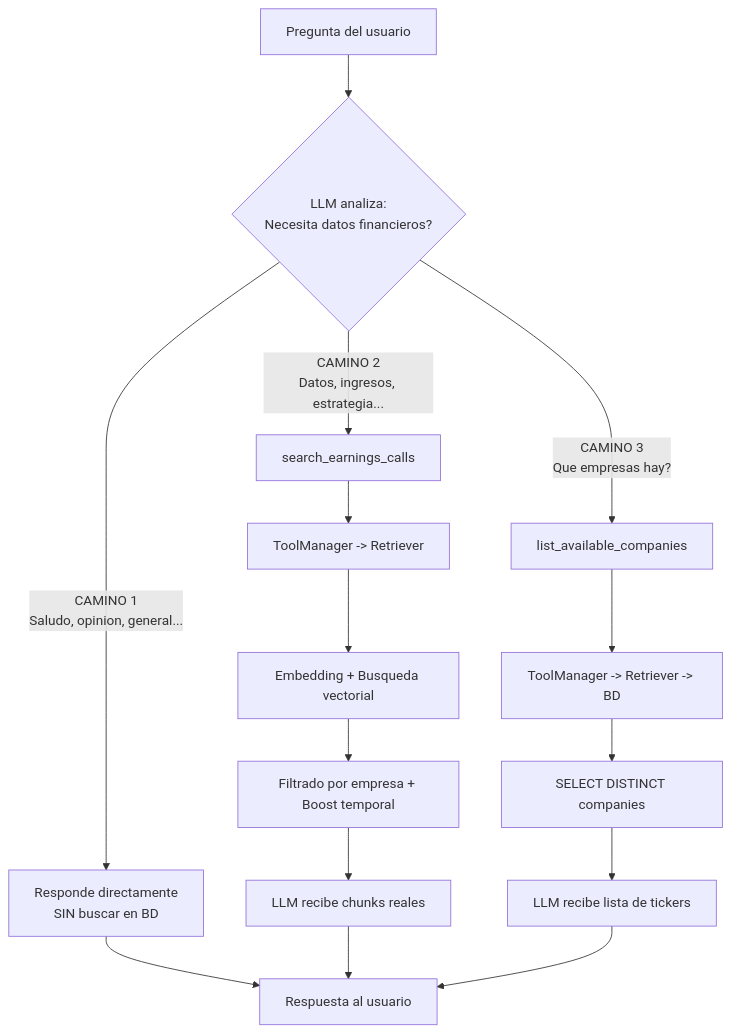
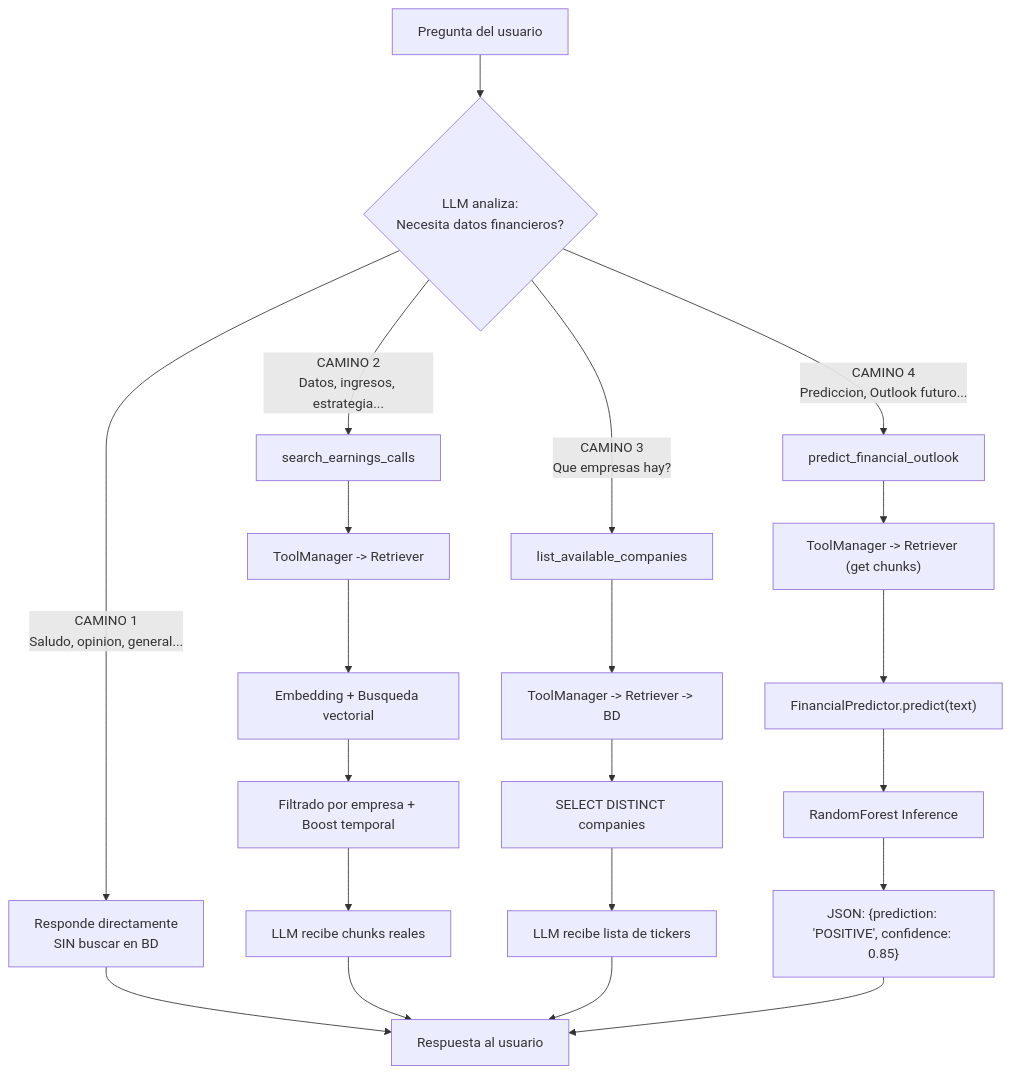
One commit to alvaroiniguezdisla/Arquitectura_rag_earnings_NSDQ changed the second of 9 diagrams in docs/architecture.md. Above: the diagram before and after it, drawn with Mermaid. The commit also changed other lines of this file and 33 other files, not shown here.

````diff
--- a/docs/architecture.md
+++ b/docs/architecture.md
@@ -65,21 +77,28 @@
 ```mermaid
 flowchart TD
     A["Pregunta del usuario"] --> B{"LLM analiza:<br/>Necesita datos financieros?"}
 
     B -->|"CAMINO 1<br/>Saludo, opinion, general..."| C["Responde directamente<br/>SIN buscar en BD"]
     B -->|"CAMINO 2<br/>Datos, ingresos, estrategia..."| D["search_earnings_calls"]
     B -->|"CAMINO 3<br/>Que empresas hay?"| E["list_available_companies"]
+    B -->|"CAMINO 4<br/>Prediccion, Outlook futuro..."| M["predict_financial_outlook"]
 
     C --> R["Respuesta al usuario"]
 
     D --> F["ToolManager -> Retriever"]
     F --> G["Embedding + Busqueda vectorial"]
     G --> H["Filtrado por empresa + Boost temporal"]
     H --> I["LLM recibe chunks reales"]
     I --> R
 
     E --> J["ToolManager -> Retriever -> BD"]
     J --> K["SELECT DISTINCT companies"]
     K --> L["LLM recibe lista de tickers"]
     L --> R
+
+    M --> P1["ToolManager -> Retriever (get chunks)"]
+    P1 --> P2["FinancialPredictor.predict(text)"]
+    P2 --> P3["RandomForest Inference"]
+    P3 --> P4["JSON: {prediction: 'POSITIVE', confidence: 0.85}"]
+    P4 --> R
 ```
````
